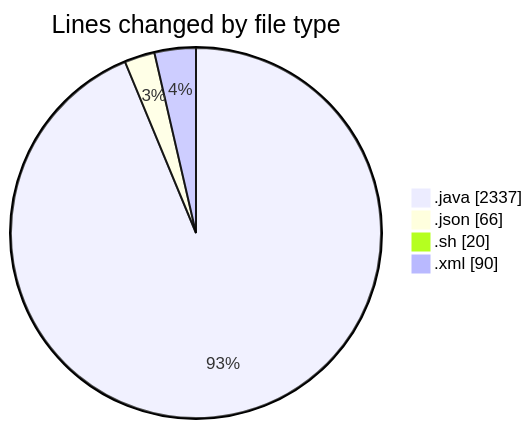
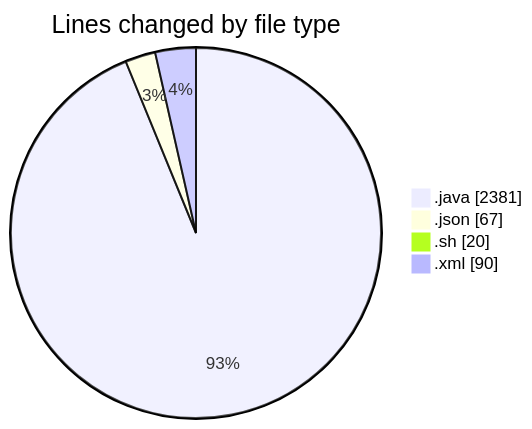
One commit to charlie-sans/code-tracking changed the first of 2 diagrams in 2025-02-23/micros/README.md. Above: the diagram before and after it, drawn with Mermaid. The commit also changed other lines of this file and 1 other file, not shown here.

````diff
--- a/2025-02-23/micros/README.md
+++ b/2025-02-23/micros/README.md
@@ -39,8 +40,8 @@
 ```mermaid
 pie showData
 title Lines changed by file type
-".java" : 2337
-".json" : 66
+".java" : 2381
+".json" : 67
 ".sh" : 20
 ".xml" : 90
 ```
````
